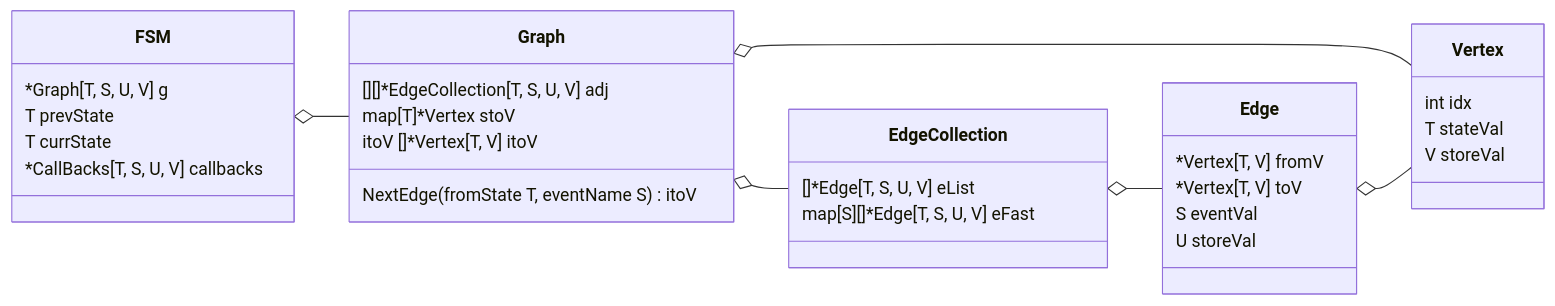
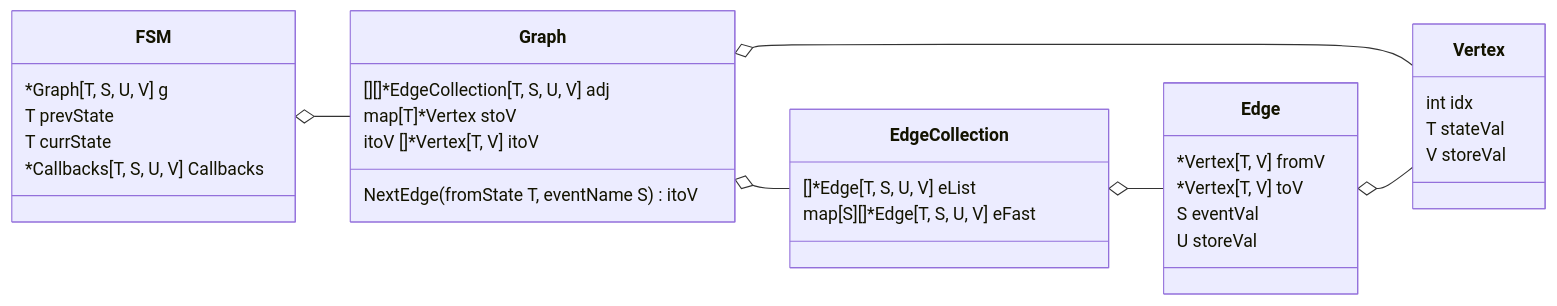
Before and after one commit to kiexu/go-generic-fsm: the fourth of 4 diagrams in readme.md, drawn with Mermaid. The commit also changed other lines of this file and 4 other files, not shown here.

````diff
--- a/readme.md
+++ b/readme.md
@@ -233,38 +253,38 @@
 ```mermaid
 classDiagram
 
     direction LR
 
     FSM o-- Graph
     Graph o-- EdgeCollection
     Graph o-- Vertex
     EdgeCollection o-- Edge
     Edge o-- Vertex
 
     class FSM~T,S,U,V~
     FSM : *Graph[T, S, U, V] g
     FSM : T prevState
     FSM : T currState 
-    FSM : *CallBacks[T, S, U, V] callbacks
+    FSM : *Callbacks[T, S, U, V] Callbacks
 
     class Graph~T,S,U,V~
     Graph : [][]*EdgeCollection[T, S, U, V] adj
     Graph : map[T]*Vertex stoV
     Graph : itoV []*Vertex[T, V] itoV  
     Graph : NextEdge(fromState T, eventName S) itoV
     
     class EdgeCollection~T,S,U,V~
     EdgeCollection : []*Edge[T, S, U, V] eList
     EdgeCollection : map[S][]*Edge[T, S, U, V] eFast
     
     class Edge~T,S,U,V~
     Edge : *Vertex[T, V] fromV
     Edge : *Vertex[T, V] toV
     Edge : S eventVal
     Edge : U storeVal
     
     class Vertex~T,V~
     Vertex : int idx
     Vertex : T stateVal
     Vertex : V storeVal
 ```
````
